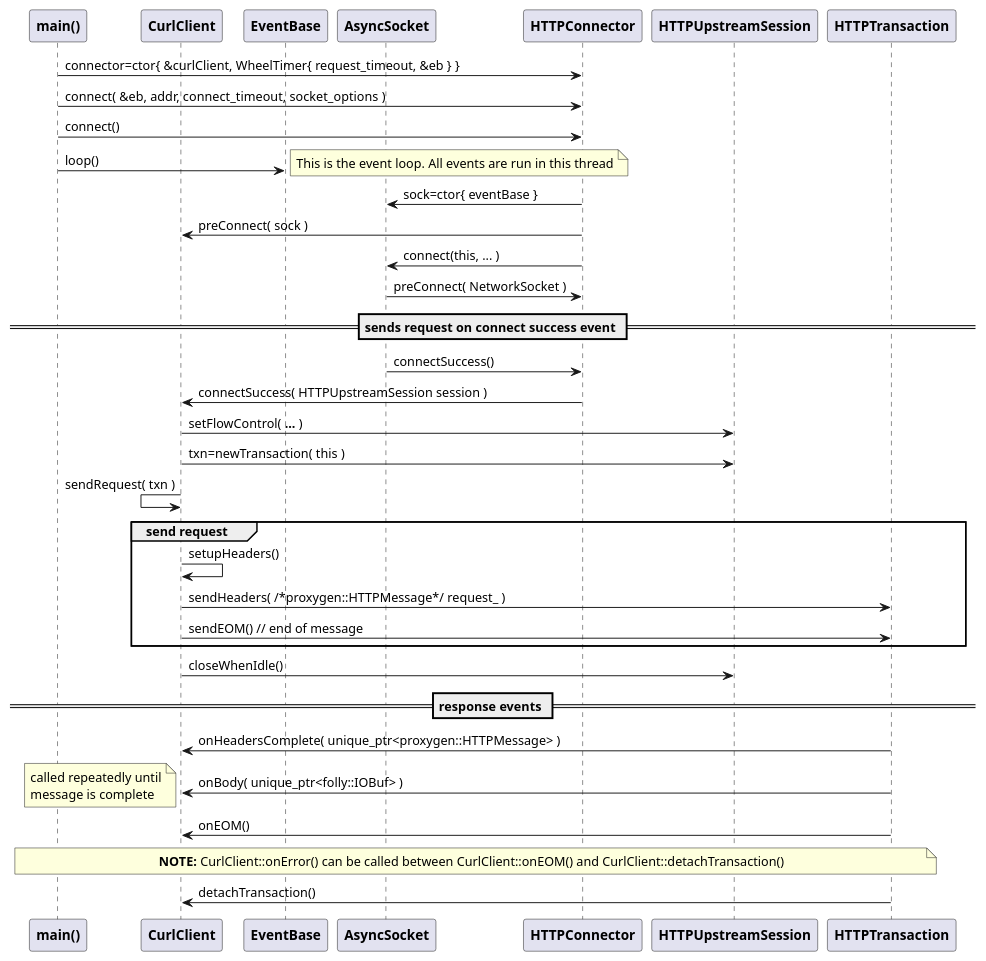
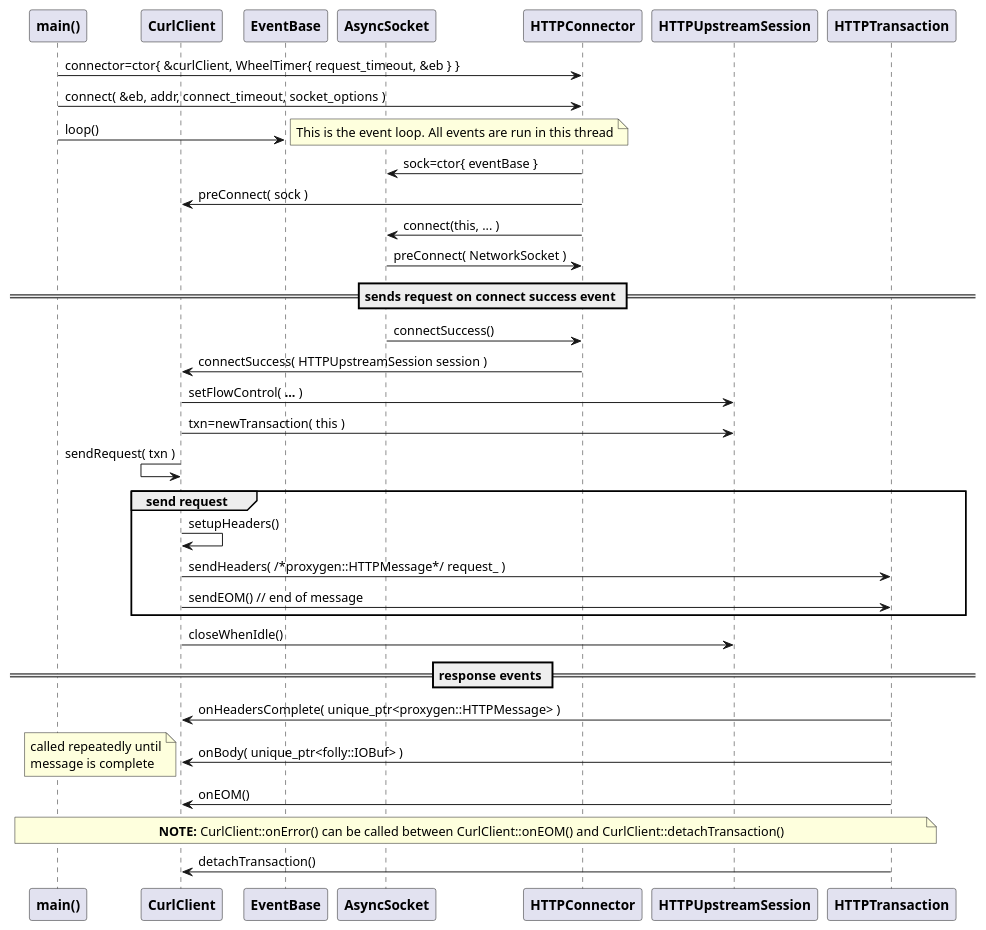
One commit to patrickhallinan/hello-proxygen changed the second of 3 diagrams in doc/proxygen-curl-sample.adoc. Above: the diagram before and after it, drawn with PlantUML. The commit also changed other lines of this file and 3 other files, not shown here.

Commit message:
render plantuml image and hide plantuml in github preview

```diff
--- a/doc/proxygen-curl-sample.adoc
+++ b/doc/proxygen-curl-sample.adoc
@@ -34,59 +62,58 @@
 [plantuml, "http-get.puml", svg]
 ----
 
 participant "**main()**" as main
 participant "**CurlClient**" as CurlClient
 participant "**EventBase**" as EventBase
 participant "**AsyncSocket**" as AsyncSocket
 participant "**HTTPConnector**" as HTTPConnector
 participant "**HTTPUpstreamSession**" as HTTPUpstreamSession
 participant "**HTTPTransaction**" as HTTPTransaction
 
 
 main -> HTTPConnector : connector=ctor{ &curlClient, WheelTimer{ request_timeout, &eb } }
 main -> HTTPConnector : connect( &eb, addr, connect_timeout, socket_options )
-main -> HTTPConnector :  connect()
 main -> EventBase : loop()
 note right
   This is the event loop. All events are run in this thread
 end note
 
 HTTPConnector -> AsyncSocket : sock=ctor{ eventBase }
 HTTPConnector -> CurlClient : preConnect( sock )
 HTTPConnector -> AsyncSocket : connect(this, ... )
 AsyncSocket -> HTTPConnector : preConnect( NetworkSocket )
 
 == sends request on connect success event ==
 
 AsyncSocket -> HTTPConnector : connectSuccess()
 HTTPConnector -> CurlClient : connectSuccess( HTTPUpstreamSession session )
 
 CurlClient -> HTTPUpstreamSession : setFlowControl( **...** )
 CurlClient -> HTTPUpstreamSession : txn=newTransaction( this )
 CurlClient <- CurlClient : sendRequest( txn )
 
 group send request
     CurlClient -> CurlClient : setupHeaders()
     CurlClient -> HTTPTransaction : sendHeaders( /*proxygen::HTTPMessage*/ request_ )
     CurlClient -> HTTPTransaction : sendEOM() // end of message
 end group
 
 CurlClient -> HTTPUpstreamSession : closeWhenIdle()
 
 == response events ==
 
 HTTPTransaction -> CurlClient : onHeadersComplete( unique_ptr<proxygen::HTTPMessage> )
 
 HTTPTransaction -> CurlClient : onBody( unique_ptr<folly::IOBuf> )
 note left
     called repeatedly until
     message is complete
 end note
 
 HTTPTransaction -> CurlClient : onEOM()
 note across
     **NOTE:** CurlClient::onError() can be called between CurlClient::onEOM() and CurlClient::detachTransaction()
 end note
 
 HTTPTransaction -> CurlClient : detachTransaction()
 ----
```
